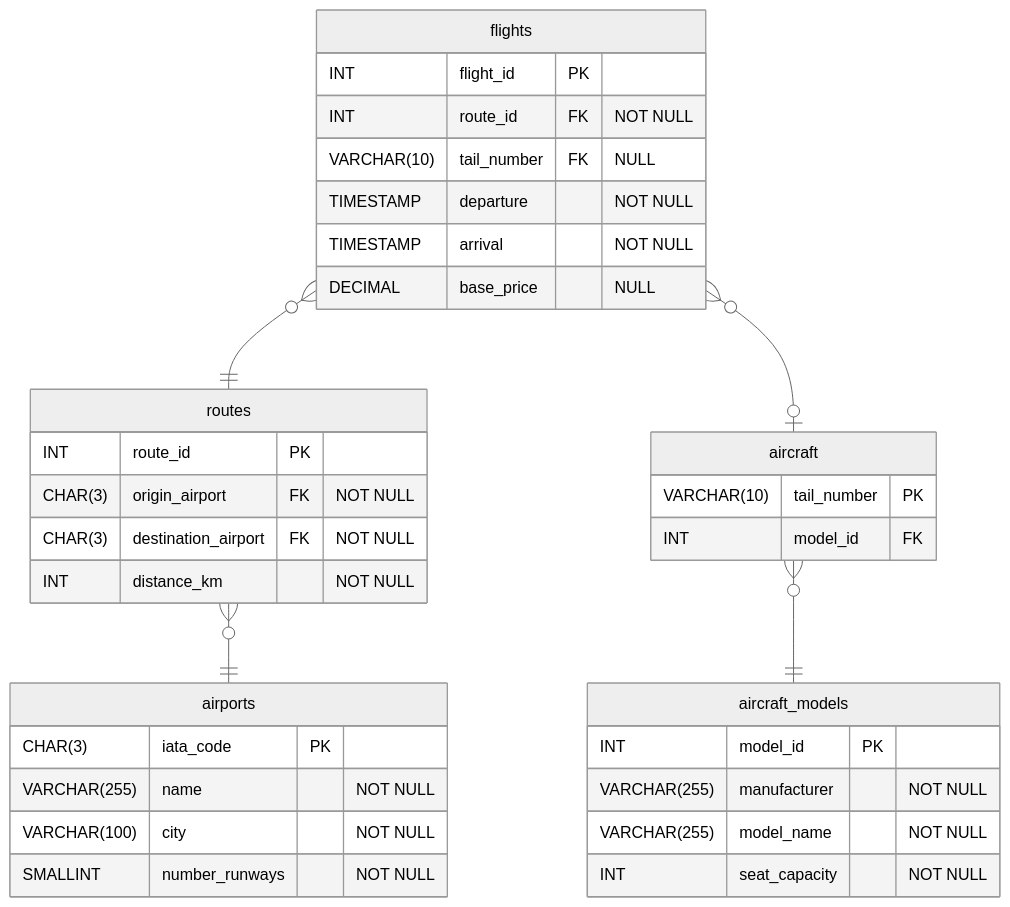
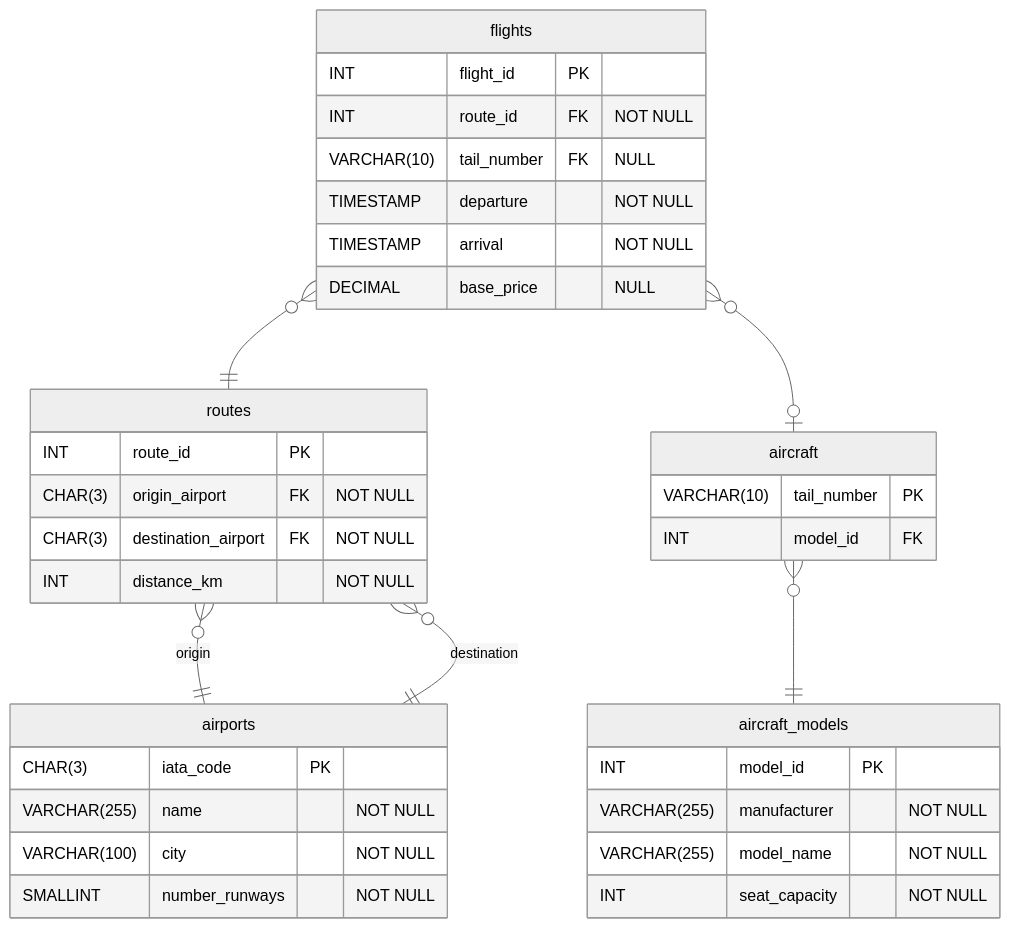
One commit to mmantle-hud/githubpages changed the diagram in module_6_joins_subqueries/6.0_introduction/6.0.3_flights_example.md. Above: the diagram before and after it, drawn with Mermaid (neutral theme). The commit also changed other lines of this file and 3 other files, not shown here.

```diff
--- a/module_6_joins_subqueries/6.0_introduction/6.0.3_flights_example.md
+++ b/module_6_joins_subqueries/6.0_introduction/6.0.3_flights_example.md
@@ -15,42 +17,45 @@
 <pre class="mermaid">
 erDiagram
-    routes }o--|| airports : ""
+    accTitle: Physical model for the flights database
+    accDescr: Physical model for the flights database
+    routes }o--|| airports : "origin"
+    routes }o--|| airports : "destination"
     flights }o--|| routes : ""
     flights }o--o| aircraft : ""
     aircraft }o--|| aircraft_models : ""
     
     airports {
         CHAR(3) iata_code PK
         VARCHAR(255) name "NOT NULL"
         VARCHAR(100) city "NOT NULL"
         SMALLINT number_runways "NOT NULL"
     }
 
     routes {
         INT route_id PK
         CHAR(3) origin_airport FK "NOT NULL"
         CHAR(3) destination_airport FK "NOT NULL"
         INT distance_km "NOT NULL"
     }
 
     aircraft {
         VARCHAR(10) tail_number PK
         INT model_id FK
     }
 
     aircraft_models {
         INT model_id PK
         VARCHAR(255) manufacturer "NOT NULL"
         VARCHAR(255) model_name "NOT NULL"
         INT seat_capacity "NOT NULL"
     }
 
     flights {
         INT flight_id PK
         INT route_id FK  "NOT NULL"
         VARCHAR(10) tail_number FK  "NULL"
         TIMESTAMP departure  "NOT NULL"
         TIMESTAMP arrival  "NOT NULL"
         DECIMAL base_price "NULL"
     }
 </pre>
```
